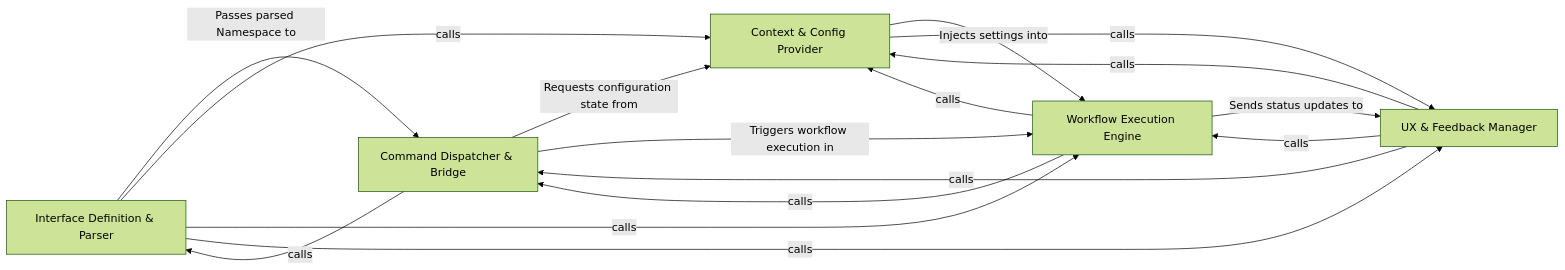
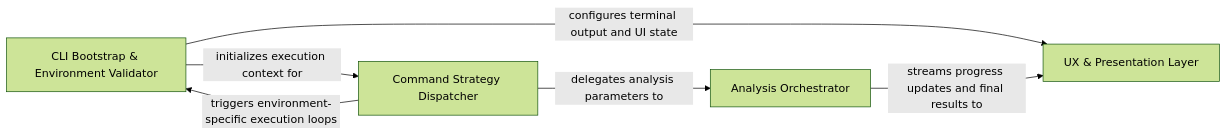
The diagram in .codeboarding/CLI_Entry_Command_Dispatcher.md (CodeBoarding/CodeBoarding), drawn with Mermaid (forest theme) before and after one commit. The commit also changed other lines of this file and 38 other files, not shown here.

Commit message:
chore(codeboarding): sync architecture baseline

````diff
--- a/.codeboarding/CLI_Entry_Command_Dispatcher.md
+++ b/.codeboarding/CLI_Entry_Command_Dispatcher.md
@@ -1,23 +1,16 @@
 ```mermaid
 graph LR
-    Interface_Definition_Parser["Interface Definition & Parser"]
-    Command_Dispatcher_Bridge["Command Dispatcher & Bridge"]
-    Context_Config_Provider["Context & Config Provider"]
-    Workflow_Execution_Engine["Workflow Execution Engine"]
-    UX_Feedback_Manager["UX & Feedback Manager"]
-    Interface_Definition_Parser -- "Passes parsed Namespace to" --> Command_Dispatcher_Bridge
-    Command_Dispatcher_Bridge -- "Requests configuration state from" --> Context_Config_Provider
-    Command_Dispatcher_Bridge -- "Triggers workflow execution in" --> Workflow_Execution_Engine
-    Workflow_Execution_Engine -- "Sends status updates to" --> UX_Feedback_Manager
-    Context_Config_Provider -- "Injects settings into" --> Workflow_Execution_Engine
-    Interface_Definition_Parser -- "calls" --> Context_Config_Provider
-    Interface_Definition_Parser -- "calls" --> Workflow_Execution_Engine
-    Interface_Definition_Parser -- "calls" --> UX_Feedback_Manager
-    Command_Dispatcher_Bridge -- "calls" --> Interface_Definition_Parser
-    Context_Config_Provider -- "calls" --> UX_Feedback_Manager
-    Workflow_Execution_Engine -- "calls" --> Command_Dispatcher_Bridge
-    Workflow_Execution_Engine -- "calls" --> Context_Config_Provider
-    UX_Feedback_Manager -- "calls" --> Command_Dispatcher_Bridge
-    UX_Feedback_Manager -- "calls" --> Context_Config_Provider
-    UX_Feedback_Manager -- "calls" --> Workflow_Execution_Engine
+    CLI_Bootstrap_Environment_Validator["CLI Bootstrap & Environment Validator"]
+    Command_Strategy_Dispatcher["Command Strategy Dispatcher"]
+    Analysis_Orchestrator["Analysis Orchestrator"]
+    UX_Presentation_Layer["UX & Presentation Layer"]
+    CLI_Bootstrap_Environment_Validator -- "initializes execution context for" --> Command_Strategy_Dispatcher
+    CLI_Bootstrap_Environment_Validator -- "configures terminal output and UI state" --> UX_Presentation_Layer
+    Command_Strategy_Dispatcher -- "triggers environment-specific execution loops" --> CLI_Bootstrap_Environment_Validator
+    Command_Strategy_Dispatcher -- "delegates analysis parameters to" --> Analysis_Orchestrator
+    Analysis_Orchestrator -- "streams progress updates and final results to" --> UX_Presentation_Layer
+    click CLI_Bootstrap_Environment_Validator href "https://github.com/CodeBoarding/CodeBoarding/blob/main/.codeboarding/CLI_Bootstrap_Environment_Validator.md" "Details"
+    click Command_Strategy_Dispatcher href "https://github.com/CodeBoarding/CodeBoarding/blob/main/.codeboarding/Command_Strategy_Dispatcher.md" "Details"
+    click Analysis_Orchestrator href "https://github.com/CodeBoarding/CodeBoarding/blob/main/.codeboarding/Analysis_Orchestrator.md" "Details"
+    click UX_Presentation_Layer href "https://github.com/CodeBoarding/CodeBoarding/blob/main/.codeboarding/UX_Presentation_Layer.md" "Details"
 ```
````
